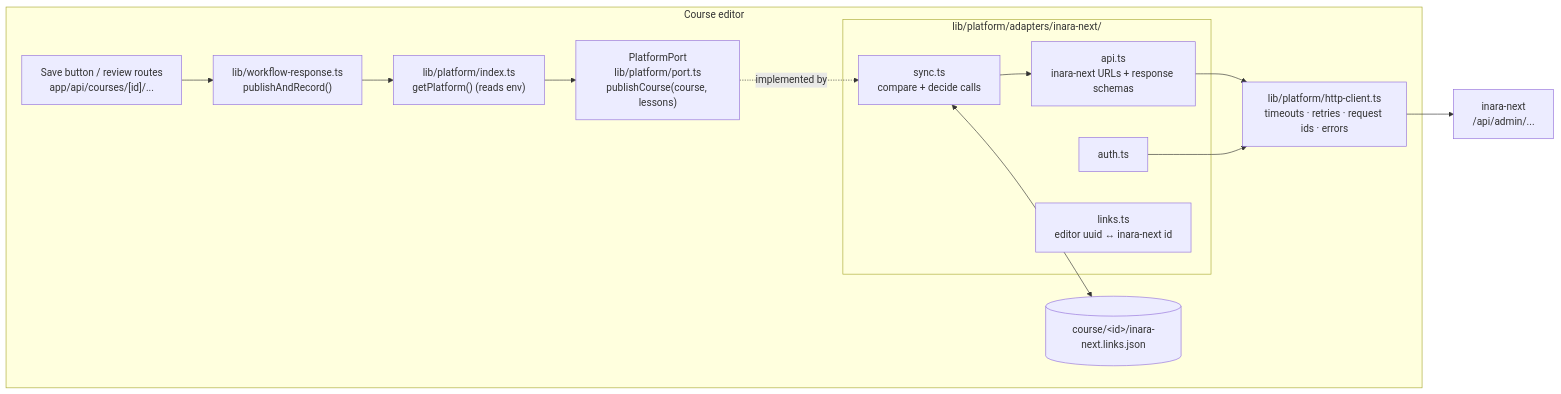
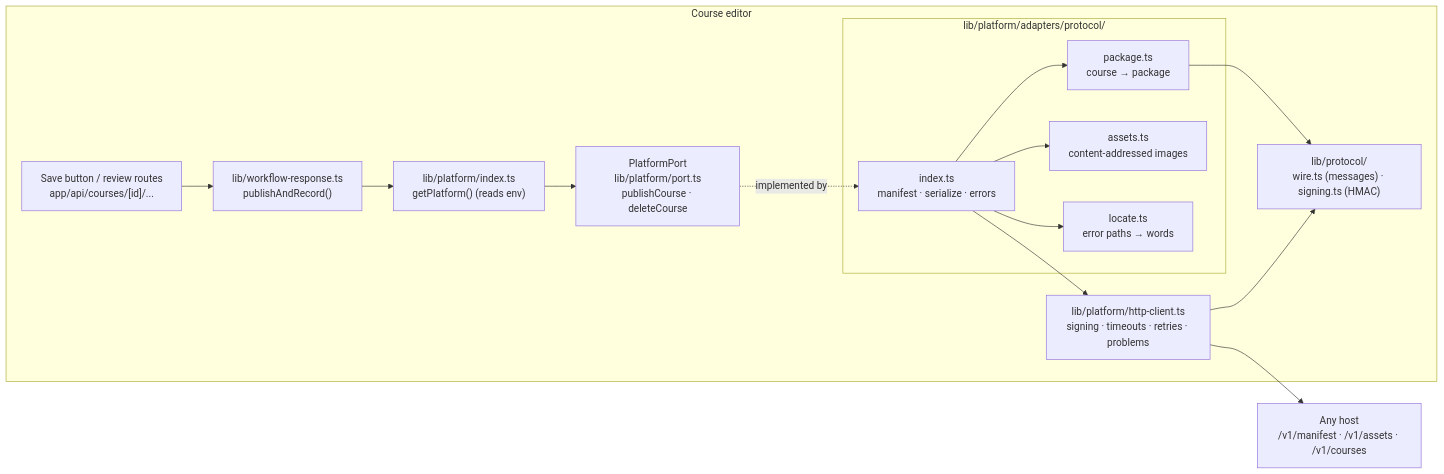
The diagram in docs/platform-integration.md (HafsaJavedPak/inarax-course-editor), drawn with Mermaid before and after one commit. The commit also changed other lines of this file and 54 other files, not shown here.

First line of the commit message:
Publish through the Course Publishing Protocol instead of inara-next's admin API

````diff
--- a/docs/platform-integration.md
+++ b/docs/platform-integration.md
@@ -18,24 +23,24 @@
 ```mermaid
 flowchart LR
     subgraph Editor["Course editor"]
         R["Save button / review routes<br/>app/api/courses/[id]/..."]
         W["lib/workflow-response.ts<br/>publishAndRecord()"]
         F["lib/platform/index.ts<br/>getPlatform() (reads env)"]
-        P["PlatformPort<br/>lib/platform/port.ts<br/>publishCourse(course, lessons)"]
-        subgraph Adapter["lib/platform/adapters/inara-next/"]
-            S["sync.ts<br/>compare + decide calls"]
-            A["api.ts<br/>inara-next URLs + response schemas"]
-            AU["auth.ts"]
-            L["links.ts<br/>editor uuid ↔ inara-next id"]
+        P["PlatformPort<br/>lib/platform/port.ts<br/>publishCourse · deleteCourse"]
+        subgraph Adapter["lib/platform/adapters/protocol/"]
+            I["index.ts<br/>manifest · serialize · errors"]
+            PK["package.ts<br/>course → package"]
+            AS["assets.ts<br/>content-addressed images"]
+            LO["locate.ts<br/>error paths → words"]
         end
-        H["lib/platform/http-client.ts<br/>timeouts · retries · request ids · errors"]
-        LS[("course/&lt;id&gt;/inara-next.links.json")]
+        PR["lib/protocol/<br/>wire.ts (messages) · signing.ts (HMAC)"]
+        H["lib/platform/http-client.ts<br/>signing · timeouts · retries · problems"]
     end
-    N["inara-next<br/>/api/admin/..."]
+    HOST["Any host<br/>/v1/manifest · /v1/assets · /v1/courses"]
 
     R --> W --> F --> P
-    P -. implemented by .-> S
-    S --> A --> H --> N
-    AU --> H
-    S <--> LS
+    P -. implemented by .-> I
+    I --> PK & AS & LO
+    I --> H --> HOST
+    PK & H --> PR
 ```
````
